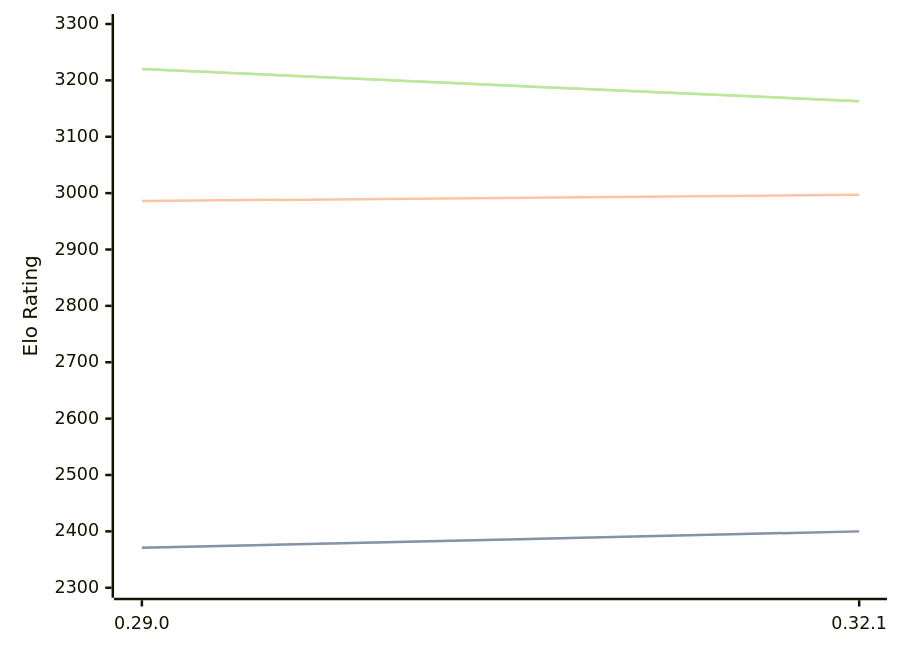
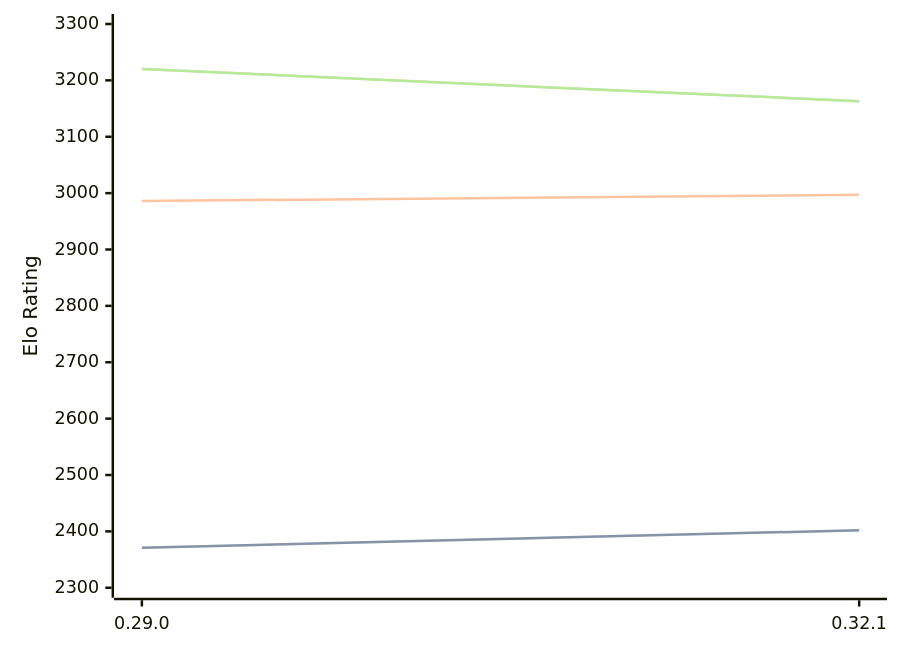
Before and after one commit to computer-chess-index/cci: the third of 3 diagrams in engines/Lc0.md, drawn with Mermaid. The commit also changed other lines of this file, not shown here.

````diff
--- a/engines/Lc0.md
+++ b/engines/Lc0.md
@@ -101,11 +101,11 @@
 ```mermaid
 %%{init: {"theme":"base","themeVariables":{"seriesColors:['#a3a3a3','#222221','#faa371']}}}%%
 xychart-beta
   x-axis ["0.29.0", "0.32.1"]
   y-axis "Elo Rating" 2300 --> 3300
-  line "STC (8.0+0.08s)" [2371, 2400]
-  line "STC (8.0+0.08s)" [2371, 2400]
+  line "STC (8.0+0.08s)" [2371, 2402]
+  line "STC (8.0+0.08s)" [2371, 2402]
   line "LTC (60.0+0.60s)" [2986, 2997]
   line "VLTC (2m24s+1.12s)" [3220, 3163]
   line "VLTC (2m24s+1.12s)" [3220, 3163]
 ```
````
